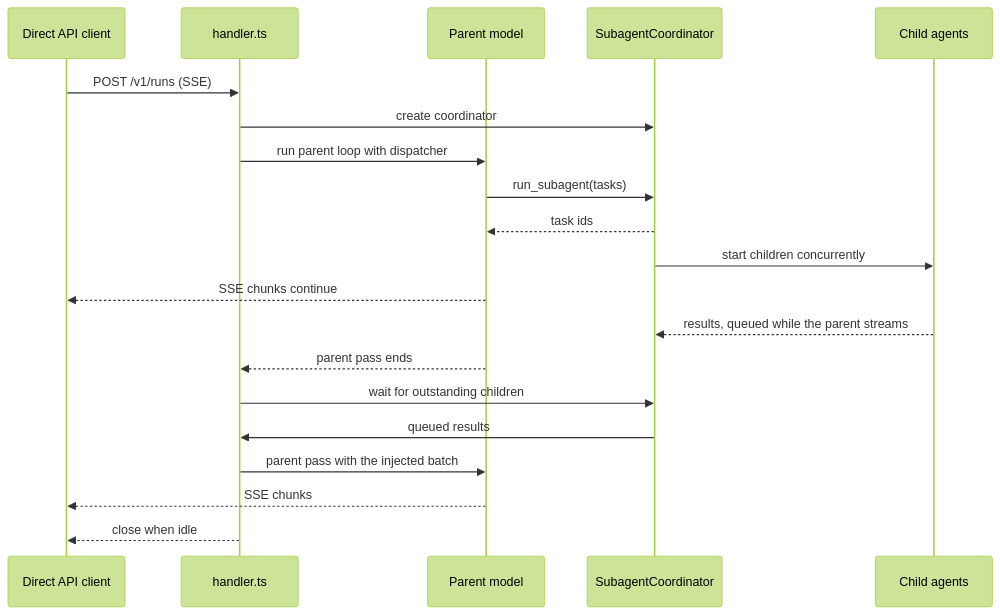
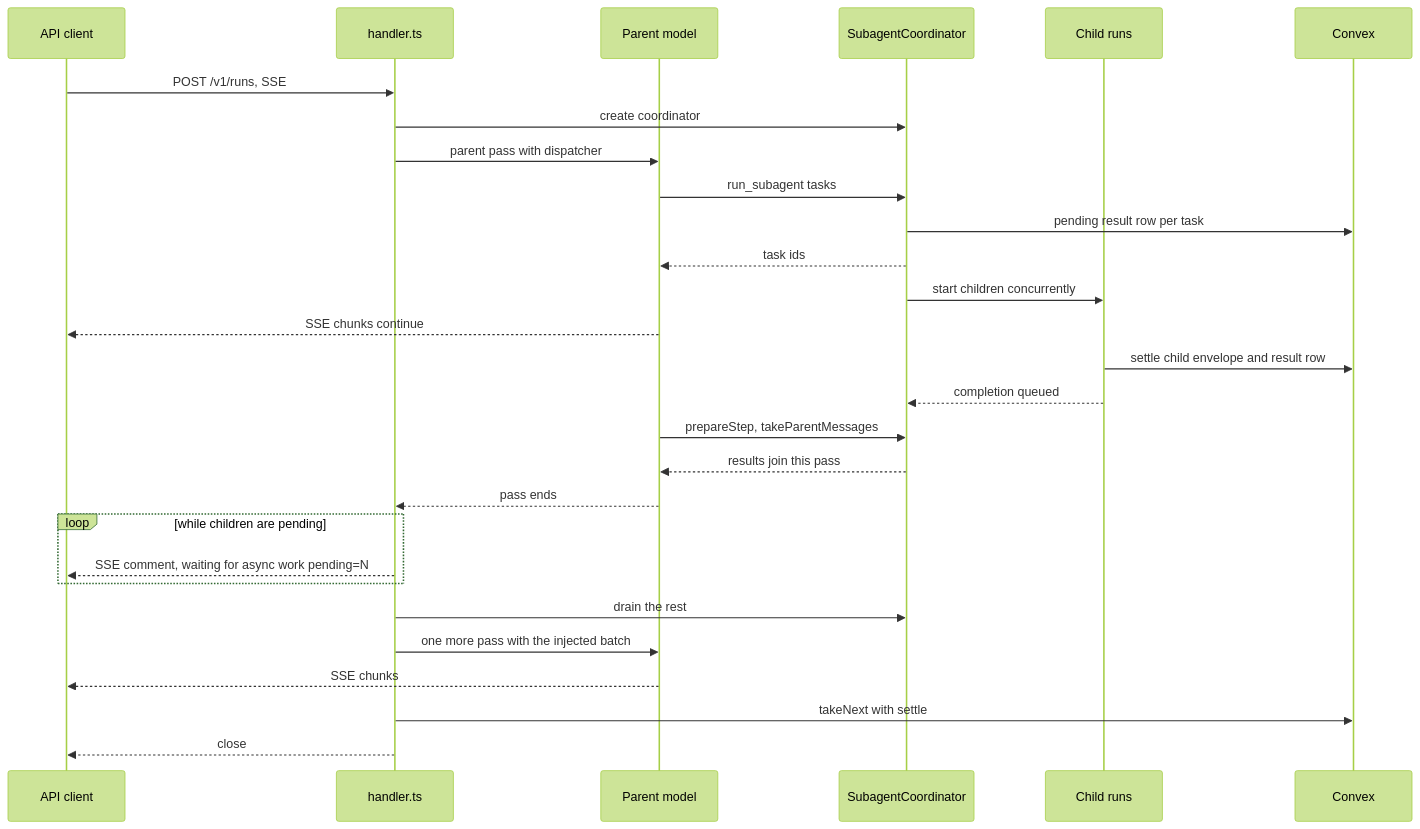
Before and after one commit to beeblastco/broods: the second of 7 diagrams in apps/docs/docs/internals/subagents.md, drawn with Mermaid (forest theme). The commit also changed other lines of this file and 13 other files, not shown here.

First line of the commit message:
docs(internals): diagram-first rewrite of the remaining internals pages

````diff
--- a/apps/docs/docs/internals/subagents.md
+++ b/apps/docs/docs/internals/subagents.md
@@ -25,23 +44,31 @@
 ```mermaid
 sequenceDiagram
-  participant C as Direct API client
+  participant C as API client
   participant H as handler.ts
   participant M as Parent model
   participant S as SubagentCoordinator
-  participant A as Child agents
+  participant A as Child runs
+  participant CX as Convex
 
-  C->>H: POST /v1/runs (SSE)
+  C->>H: POST /v1/runs, SSE
   H->>S: create coordinator
-  H->>M: run parent loop with dispatcher
-  M->>S: run_subagent(tasks)
+  H->>M: parent pass with dispatcher
+  M->>S: run_subagent tasks
+  S->>CX: pending result row per task
   S-->>M: task ids
   S->>A: start children concurrently
   M-->>C: SSE chunks continue
-  A-->>S: results, queued while the parent streams
-  M-->>H: parent pass ends
-  H->>S: wait for outstanding children
-  S->>H: queued results
-  H->>M: parent pass with the injected batch
+  A->>CX: settle child envelope and result row
+  A-->>S: completion queued
+  M->>S: prepareStep, takeParentMessages
+  S-->>M: results join this pass
+  M-->>H: pass ends
+  loop while children are pending
+    H-->>C: SSE comment, waiting for async work pending=N
+  end
+  H->>S: drain the rest
+  H->>M: one more pass with the injected batch
   M-->>C: SSE chunks
-  H-->>C: close when idle
+  H->>CX: takeNext with settle
+  H-->>C: close
 ```
````
